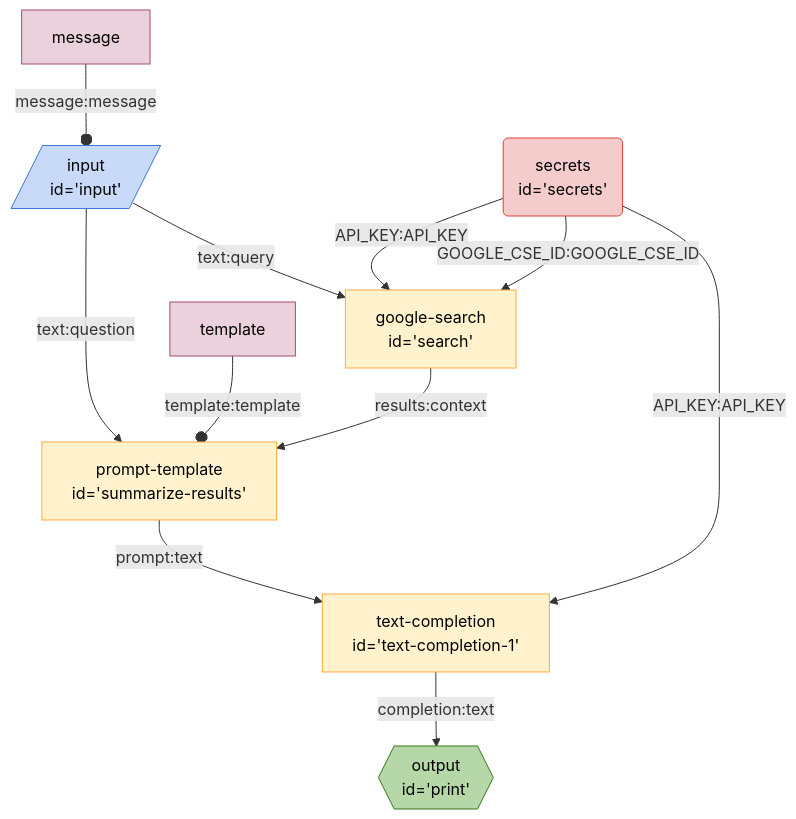
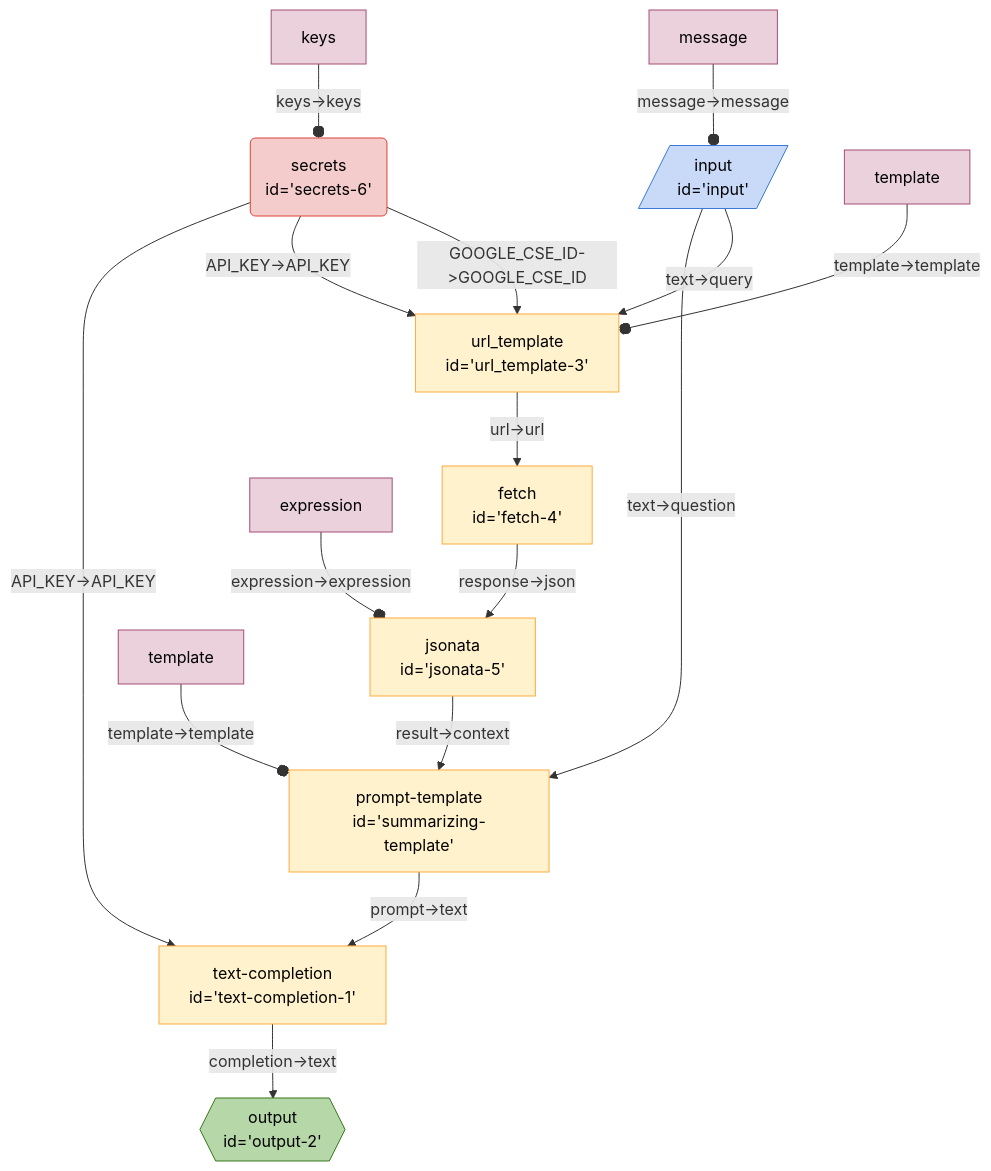
The diagram in seeds/graph-playground/docs/graphs/search-summarize.md (breadboard-ai/breadboard), drawn with Mermaid before and after one commit. The commit also changed other lines of this file and 7 other files, not shown here.

Commit message:
[graph-playground] Clean up.

````diff
--- a/seeds/graph-playground/docs/graphs/search-summarize.md
+++ b/seeds/graph-playground/docs/graphs/search-summarize.md
@@ -4,38 +5,47 @@
-```mermaid
-%%{init: 'themeVariables': { 'fontFamily': 'Fira Code, monospace' }}%%
+  ```mermaid
+  %%{init: 'themeVariables': { 'fontFamily': 'Fira Code, monospace' }}%%
 graph TD;
+textcompletion1["text-completion
+id='text-completion-1'"] -- "completion->text" --> output2{{"output
+id='output-2'"}}:::output
+summarizingtemplate["prompt-template
+id='summarizing-template'"] -- "prompt->text" --> textcompletion1["text-completion
+id='text-completion-1'"]
+jsonata5["jsonata
+id='jsonata-5'"] -- "result->context" --> summarizingtemplate["prompt-template
+id='summarizing-template'"]
+fetch4["fetch
+id='fetch-4'"] -- "response->json" --> jsonata5["jsonata
+id='jsonata-5'"]
+url_template3["url_template
+id='url_template-3'"] -- "url->url" --> fetch4["fetch
+id='fetch-4'"]
+secrets6("secrets
+id='secrets-6'"):::secrets -- "API_KEY->API_KEY" --> textcompletion1["text-completion
+id='text-completion-1'"]
+secrets6("secrets
+id='secrets-6'"):::secrets -- "API_KEY->API_KEY" --> url_template3["url_template
+id='url_template-3'"]
+secrets6("secrets
+id='secrets-6'"):::secrets -- "GOOGLE_CSE_ID->GOOGLE_CSE_ID" --> url_template3["url_template
+id='url_template-3'"]
 input[/"input
-id='input'"/]:::input -- text:question --> summarizeresults["prompt-template
-id='summarize-results'"]
-secrets("secrets
-id='secrets'"):::secrets -- API_KEY:API_KEY --> search["google-search
-id='search'"]
-secrets("secrets
-id='secrets'"):::secrets -- GOOGLE_CSE_ID:GOOGLE_CSE_ID --> search["google-search
-id='search'"]
+id='input'"/]:::input -- "text->question" --> summarizingtemplate["prompt-template
+id='summarizing-template'"]
 input[/"input
-id='input'"/]:::input -- text:query --> search["google-search
-id='search'"]
-search["google-search
-id='search'"] -- results:context --> summarizeresults["prompt-template
-id='summarize-results'"]
-secrets("secrets
-id='secrets'"):::secrets -- API_KEY:API_KEY --> textcompletion1["text-completion
-id='text-completion-1'"]
-summarizeresults["prompt-template
-id='summarize-results'"] -- prompt:text --> textcompletion1["text-completion
-id='text-completion-1'"]
-textcompletion1["text-completion
-id='text-completion-1'"] -- completion:text --> print{{"output
-id='print'"}}:::output
-messageinput[message]:::config -- message:message --o input
-templatesummarizeresults[template]:::config -- template:template --o summarizeresults
+id='input'"/]:::input -- "text->query" --> url_template3["url_template
+id='url_template-3'"]
+templatesummarizingtemplate[template]:::config -- "template->template" --o summarizingtemplate
+templateurl_template3[template]:::config -- "template->template" --o url_template3
+expressionjsonata5[expression]:::config -- "expression->expression" --o jsonata5
+keyssecrets6[keys]:::config -- "keys->keys" --o secrets6
+messageinput[message]:::config -- "message->message" --o input
 classDef default stroke:#ffab40,fill:#fff2ccff,color:#000
 classDef input stroke:#3c78d8,fill:#c9daf8ff,color:#000
 classDef output stroke:#38761d,fill:#b6d7a8ff,color:#000
 classDef passthrough stroke:#a64d79,fill:#ead1dcff,color:#000
 classDef slot stroke:#a64d79,fill:#ead1dcff,color:#000
 classDef config stroke:#a64d79,fill:#ead1dcff,color:#000
 classDef secrets stroke:#db4437,fill:#f4cccc,color:#000
 classDef slotted stroke:#a64d79
-```
+  ```
````
